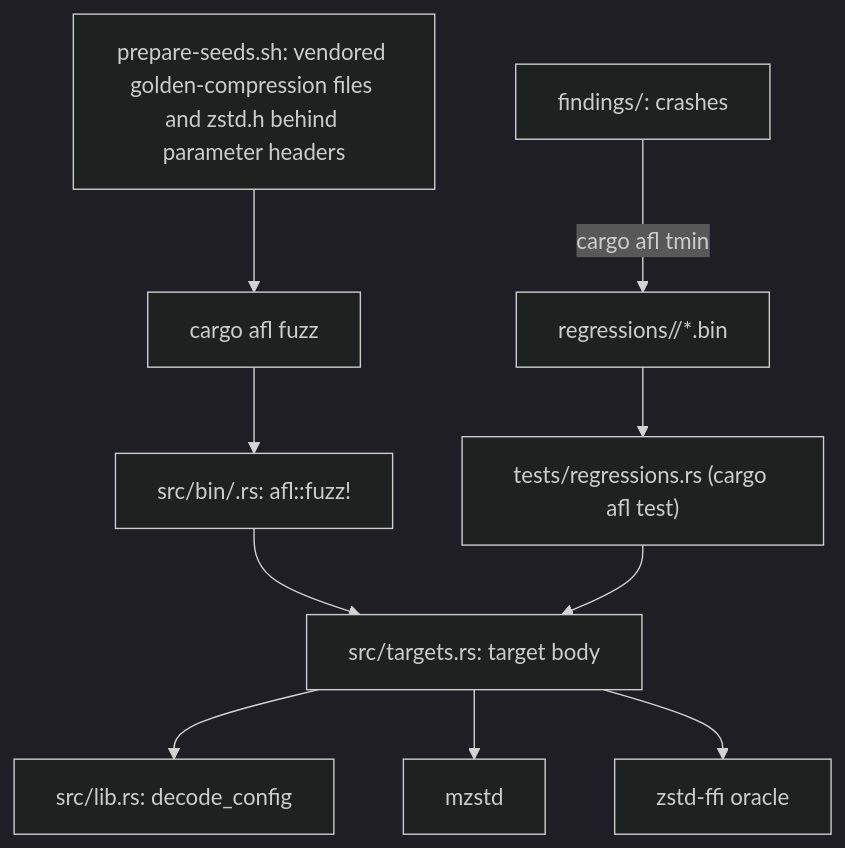
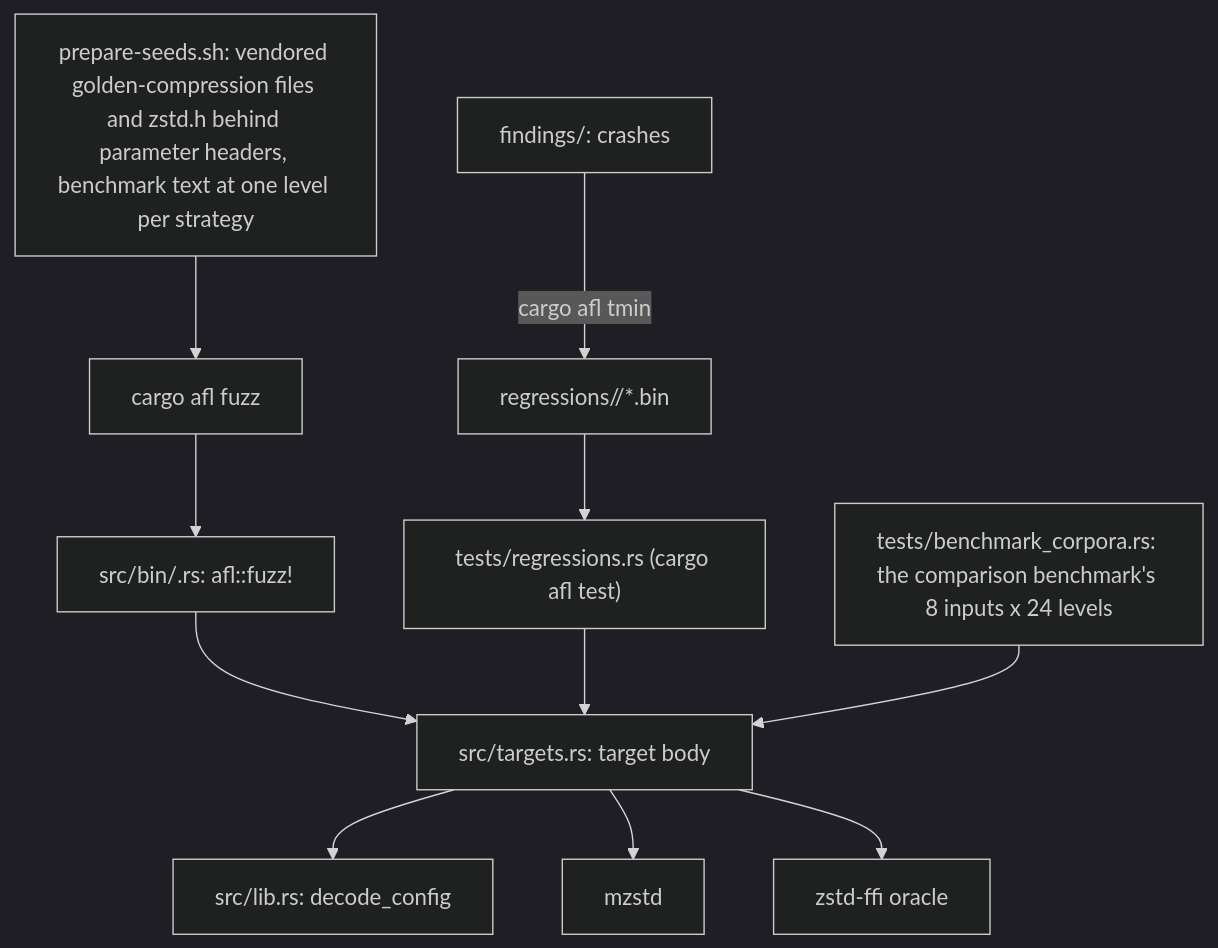
One commit to M-Compressors/mzstd changed the first of 2 diagrams in architecture/fuzzing.md. Above: the diagram before and after it, drawn with Mermaid (dark theme). The commit also changed other lines of this file and 419 other files, not shown here.

````diff
--- a/architecture/fuzzing.md
+++ b/architecture/fuzzing.md
@@ -9,12 +9,13 @@
 ```mermaid
 graph TD
-    Seeds["prepare-seeds.sh: vendored golden-compression files and zstd.h behind parameter headers"] --> AFL[cargo afl fuzz]
+    Seeds["prepare-seeds.sh: vendored golden-compression files and zstd.h behind parameter headers, benchmark text at one level per strategy"] --> AFL[cargo afl fuzz]
     AFL --> Bin["src/bin/<target>.rs: afl::fuzz!"]
     Bin --> Body["src/targets.rs: target body"]
     Body --> Decode["src/lib.rs: decode_config"]
     Body --> Mzstd[mzstd]
     Body --> Ref["zstd-ffi oracle"]
     Findings[findings/: crashes] -->|cargo afl tmin| Reg["regressions/<target>/*.bin"]
     Reg --> Replay["tests/regressions.rs (cargo afl test)"]
     Replay --> Body
+    Bench["tests/benchmark_corpora.rs: the comparison benchmark's 8 inputs x 24 levels"] --> Body
 ```
````
